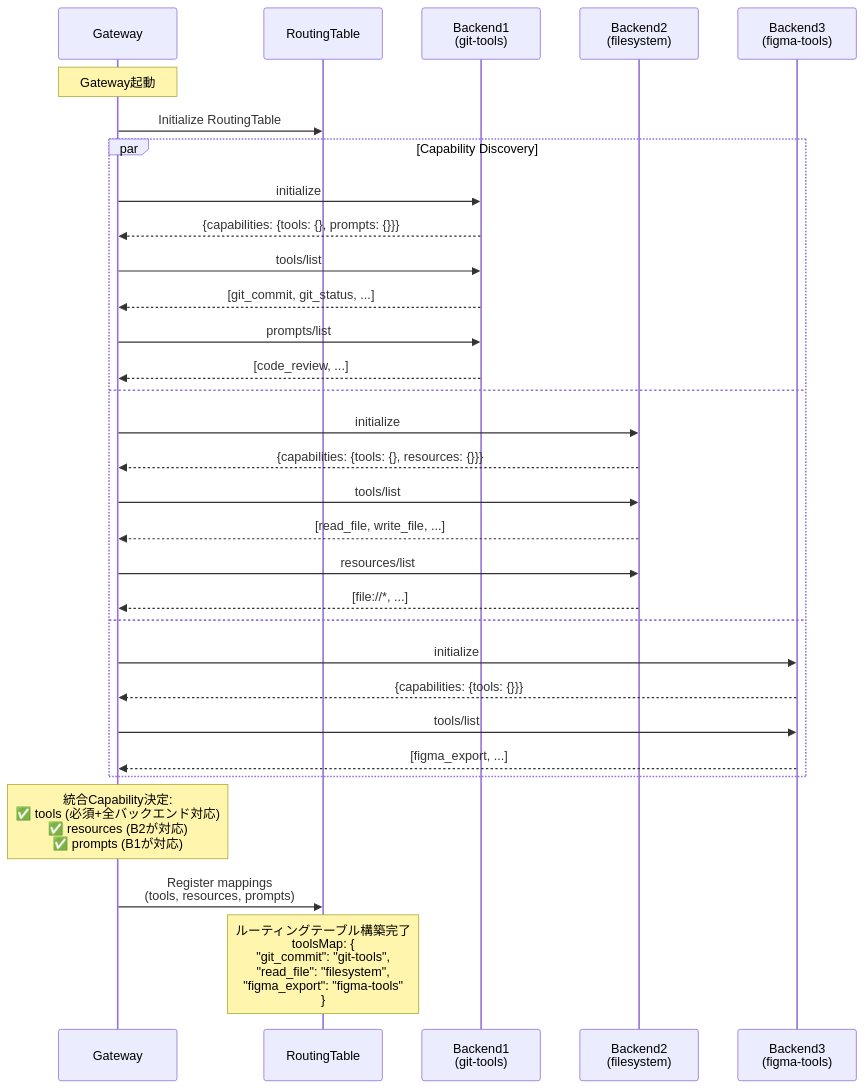
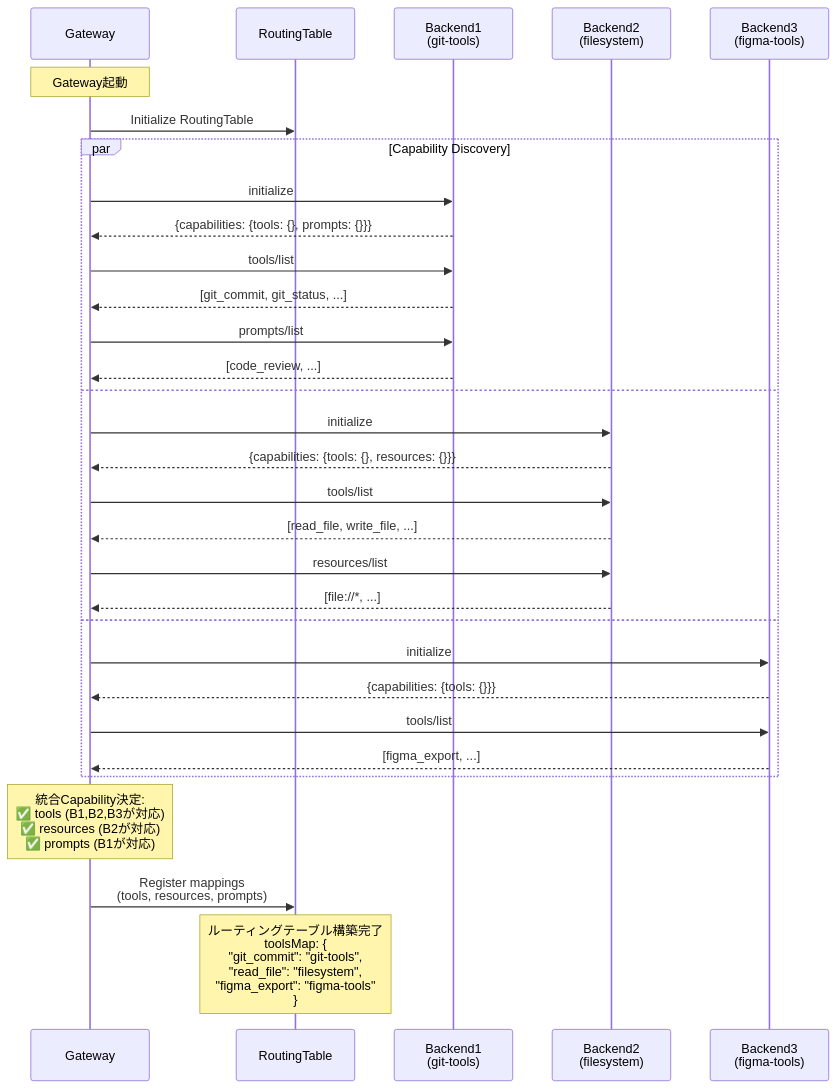
One commit to takutakahashi/awesome-mcp-proxy changed the first of 3 diagrams in docs/gateway.md. Above: the diagram before and after it, drawn with Mermaid. The commit also changed other lines of this file, not shown here.

````diff
--- a/docs/gateway.md
+++ b/docs/gateway.md
@@ -245,43 +248,43 @@
 ```mermaid
 sequenceDiagram
     participant GW as Gateway
     participant RT as RoutingTable
     participant B1 as Backend1<br/>(git-tools)
     participant B2 as Backend2<br/>(filesystem)
     participant B3 as Backend3<br/>(figma-tools)
 
     Note over GW: Gateway起動
     GW->>RT: Initialize RoutingTable
     
     par Capability Discovery
         GW->>B1: initialize
         B1-->>GW: {capabilities: {tools: {}, prompts: {}}}
         
         GW->>B1: tools/list
         B1-->>GW: [git_commit, git_status, ...]
         
         GW->>B1: prompts/list
         B1-->>GW: [code_review, ...]
     and
         GW->>B2: initialize
         B2-->>GW: {capabilities: {tools: {}, resources: {}}}
         
         GW->>B2: tools/list
         B2-->>GW: [read_file, write_file, ...]
         
         GW->>B2: resources/list
         B2-->>GW: [file://*, ...]
     and
         GW->>B3: initialize
         B3-->>GW: {capabilities: {tools: {}}}
         
         GW->>B3: tools/list
         B3-->>GW: [figma_export, ...]
     end
     
-    Note over GW: 統合Capability決定:<br/>✅ tools (必須+全バックエンド対応)<br/>✅ resources (B2が対応)<br/>✅ prompts (B1が対応)
+    Note over GW: 統合Capability決定:<br/>✅ tools (B1,B2,B3が対応)<br/>✅ resources (B2が対応)<br/>✅ prompts (B1が対応)
     
     GW->>RT: Register mappings<br/>(tools, resources, prompts)
     
     Note over RT: ルーティングテーブル構築完了<br/>toolsMap: {<br/>  "git_commit": "git-tools",<br/>  "read_file": "filesystem",<br/>  "figma_export": "figma-tools"<br/>}
 ```
````
